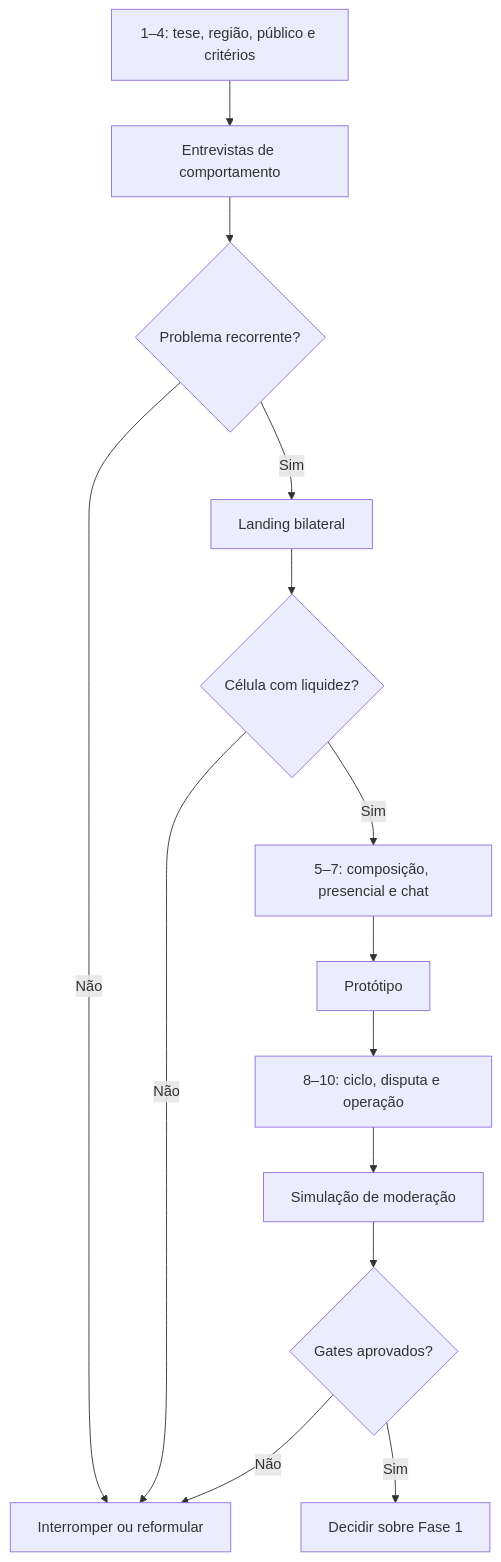
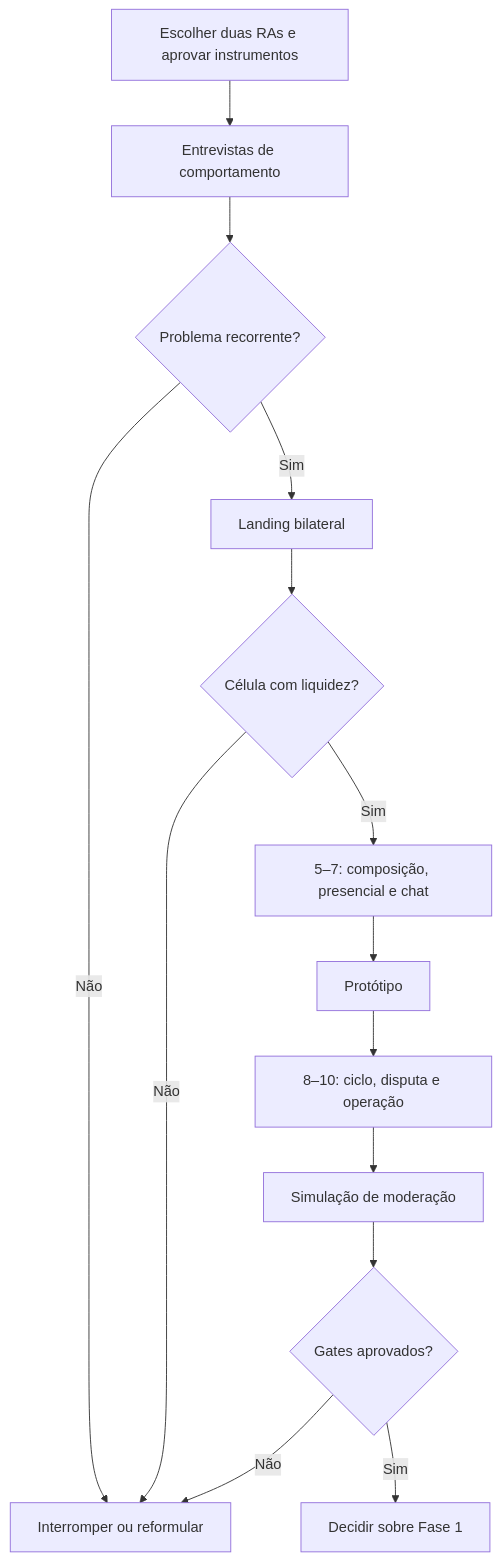
One commit to BrunoMNoronha/escambo-online changed the diagram in docs/descoberta/DECISOES_PARA_BRUNO_V1.md. Above: the diagram before and after it, drawn with Mermaid. The commit also changed other lines of this file and 17 other files, not shown here.

````diff
--- a/docs/descoberta/DECISOES_PARA_BRUNO_V1.md
+++ b/docs/descoberta/DECISOES_PARA_BRUNO_V1.md
@@ -190,16 +184,16 @@
 ```mermaid
 flowchart TD
-    A["1–4: tese, região, público e critérios"] --> B["Entrevistas de comportamento"]
+    A["Escolher duas RAs e aprovar instrumentos"] --> B["Entrevistas de comportamento"]
     B --> C{"Problema recorrente?"}
     C -- "Não" --> D["Interromper ou reformular"]
     C -- "Sim" --> E["Landing bilateral"]
     E --> F{"Célula com liquidez?"}
     F -- "Não" --> D
     F -- "Sim" --> G["5–7: composição, presencial e chat"]
     G --> H["Protótipo"]
     H --> I["8–10: ciclo, disputa e operação"]
     I --> J["Simulação de moderação"]
     J --> K{"Gates aprovados?"}
     K -- "Não" --> D
     K -- "Sim" --> L["Decidir sobre Fase 1"]
 ```
````
